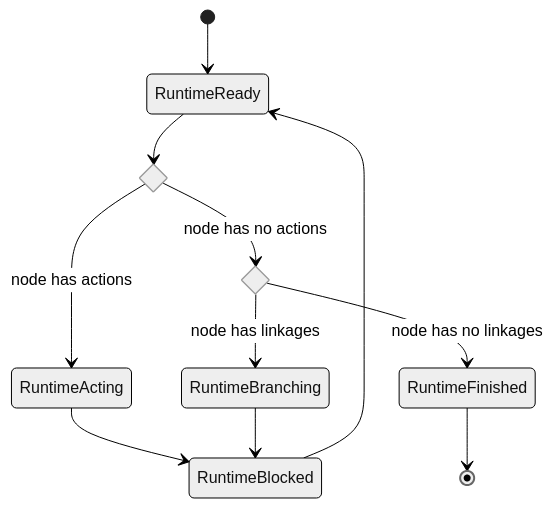
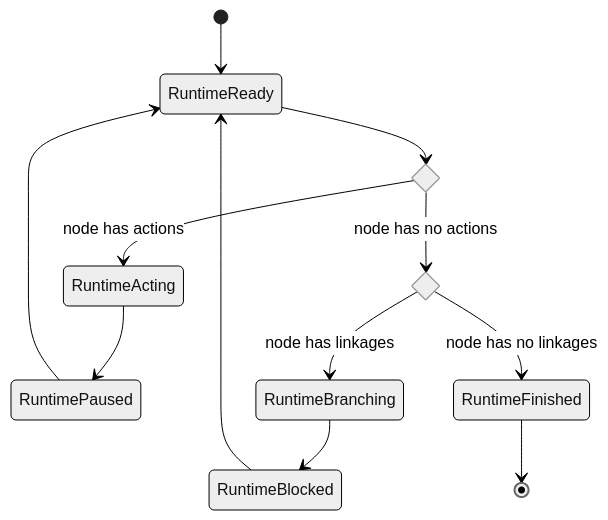
Before and after one commit to flairborne/fabulist-java: the diagram in runtime/README.md, drawn with Mermaid (neutral theme). The commit also changed 5 other files, not shown here.

First line of the commit message:
feat(runtime): add paused state

````diff
--- a/runtime/README.md
+++ b/runtime/README.md
@@ -1,29 +1,22 @@
 ```mermaid
 stateDiagram-v2
     state "RuntimeReady" as ready
     state "RuntimeActing" as acting
+    state "RuntimePaused" as paused
     state "RuntimeBlocked" as blocked
     state "RuntimeBranching" as branching
     state "RuntimeFinished" as finished
-    
     [*] --> ready
-    
     state has_actions <<choice>>
-
     ready --> has_actions
-
     has_actions --> acting: node has actions
-    acting --> blocked
-    blocked --> ready
-    
+    acting --> paused
+    paused --> ready
     state has_linkages <<choice>>
-    
     has_actions --> has_linkages: node has no actions
     has_linkages --> branching: node has linkages
     has_linkages --> finished: node has no linkages
-
-    
     branching --> blocked
-    
+    blocked --> ready
     finished --> [*]
 ```
````
